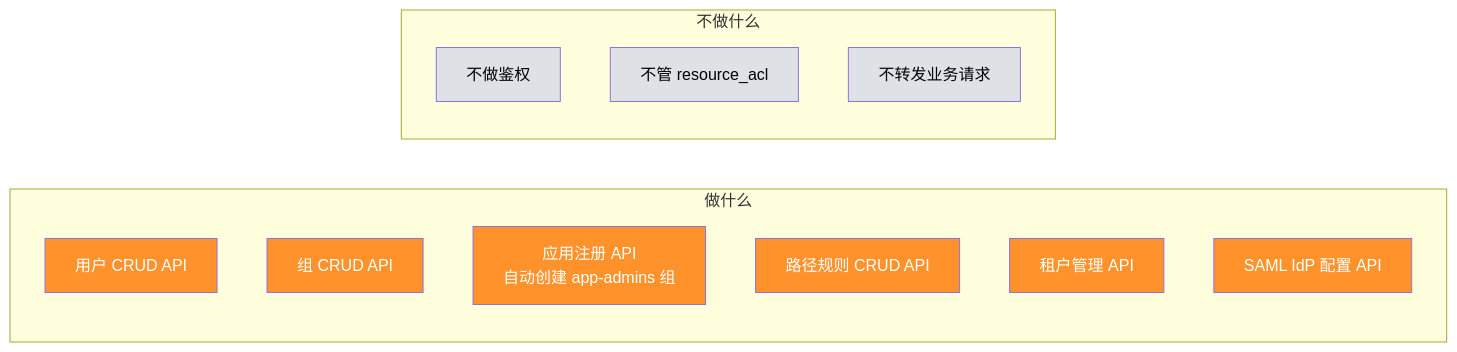
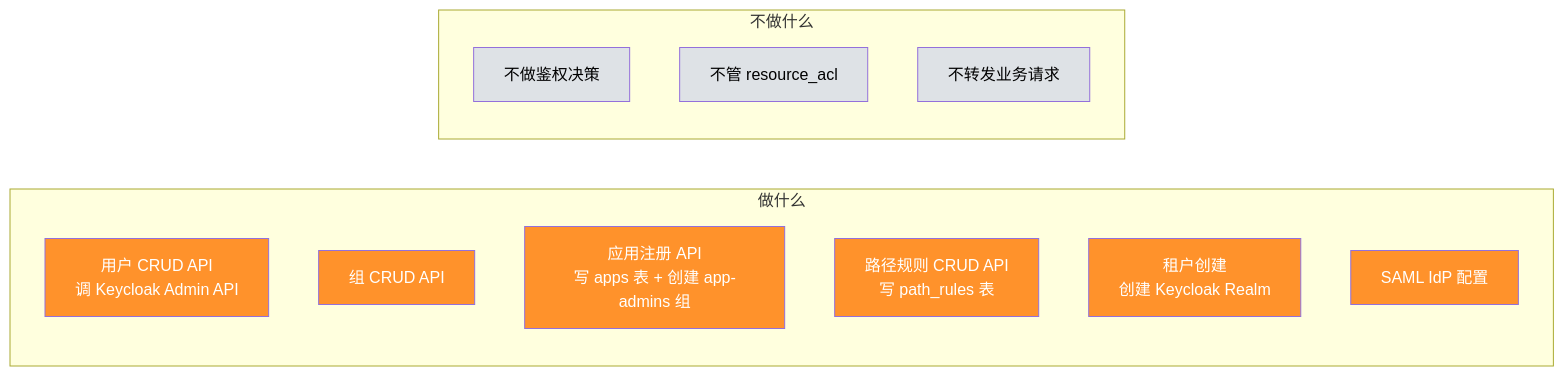
Before and after one commit to xiewanchao/aidp-iam: the eighth of 10 diagrams in diagrams/component-responsibility.md, drawn with Mermaid. The commit also changed other lines of this file and 5 other files, not shown here.

````diff
--- a/diagrams/component-responsibility.md
+++ b/diagrams/component-responsibility.md
@@ -343,27 +373,27 @@
 ```mermaid
 flowchart LR
     subgraph 做什么
-        A1[用户 CRUD API]
+        A1[用户 CRUD API<br/>调 Keycloak Admin API]
         A2[组 CRUD API]
-        A3[应用注册 API<br/>自动创建 app-admins 组]
-        A4[路径规则 CRUD API]
-        A5[租户管理 API]
-        A6[SAML IdP 配置 API]
+        A3[应用注册 API<br/>写 apps 表 + 创建 app-admins 组]
+        A4[路径规则 CRUD API<br/>写 path_rules 表]
+        A5[租户创建<br/>创建 Keycloak Realm]
+        A6[SAML IdP 配置]
     end
 
     subgraph 不做什么
-        B1[不做鉴权]
+        B1[不做鉴权决策]
         B2[不管 resource_acl]
         B3[不转发业务请求]
     end
 
     style A1 fill:#ff922b,color:#fff
     style A2 fill:#ff922b,color:#fff
     style A3 fill:#ff922b,color:#fff
     style A4 fill:#ff922b,color:#fff
     style A5 fill:#ff922b,color:#fff
     style A6 fill:#ff922b,color:#fff
     style B1 fill:#dee2e6,color:#000
     style B2 fill:#dee2e6,color:#000
     style B3 fill:#dee2e6,color:#000
 ```
````
